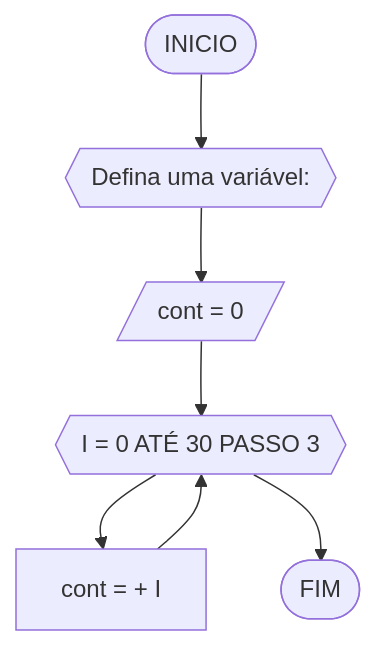
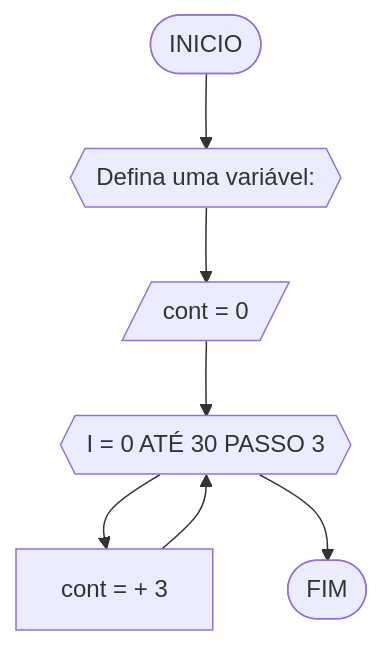
Before and after one commit to Kremmydi/unifor: the second of 3 diagrams in RLA/Unidade1/Resolução_lista3.md, drawn with Mermaid.

````diff
--- a/RLA/Unidade1/Resolução_lista3.md
+++ b/RLA/Unidade1/Resolução_lista3.md
@@ -52,11 +52,11 @@
 ```mermaid
 flowchart TD
 A([INICIO]) --> B{{Defina uma variável:}}
 B --> C[/cont = 0/]
 C --> D{{I = 0 ATÉ 30 PASSO 3}}
-D --> E[cont = + I]
+D --> E[cont = + 3]
 E --> D
 D --> F([FIM])
 
 
 ```
````
